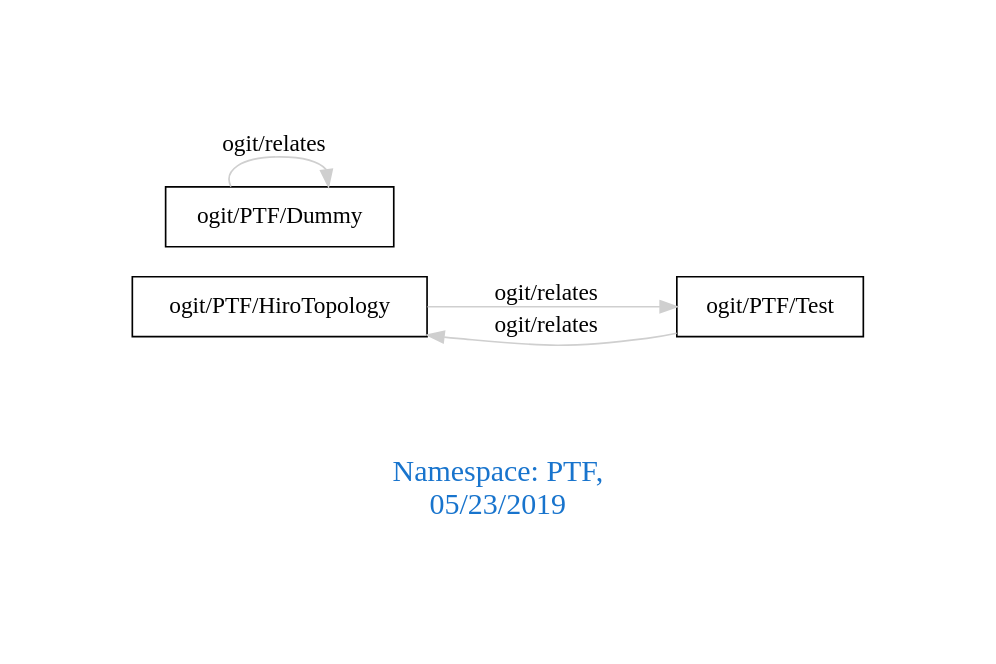
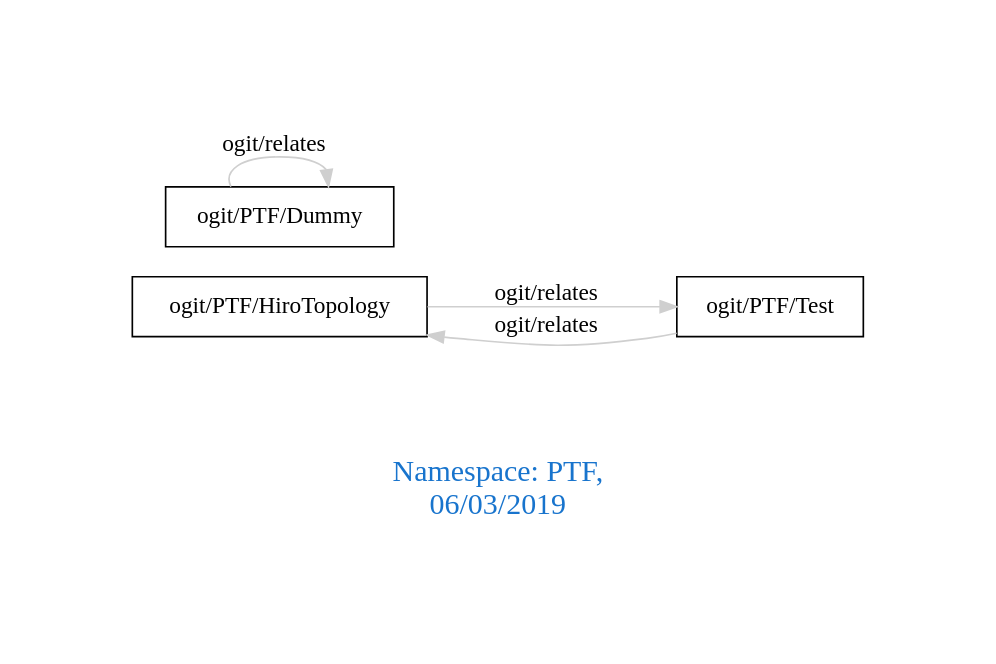
One commit to arago/OGIT changed the diagram in downloads/PTF.dot. Above: the diagram before and after it, drawn with Graphviz. The commit also changed 1391 other files, not shown here.

```diff
--- a/downloads/PTF.dot
+++ b/downloads/PTF.dot
@@ -1,11 +1,11 @@
 digraph OGIT_ontology {
  graph [ rankdir= LR,pad=1 
 fontsize = 18,
-fontcolor= dodgerblue3,label = "\n\n\nNamespace: PTF, \n 05/23/2019"];
+fontcolor= dodgerblue3,label = "\n\n\nNamespace: PTF, \n 06/03/2019"];
 node[shape=polygon];
 edge [  color="gray81"];
 
    "ogit/PTF/HiroTopology" -> "ogit/PTF/Test" [label="   ogit/relates    "];
    "ogit/PTF/Test" -> "ogit/PTF/HiroTopology" [label="   ogit/relates    "];
    "ogit/PTF/Dummy" -> "ogit/PTF/Dummy" [label="   ogit/relates    "];
 }
```
